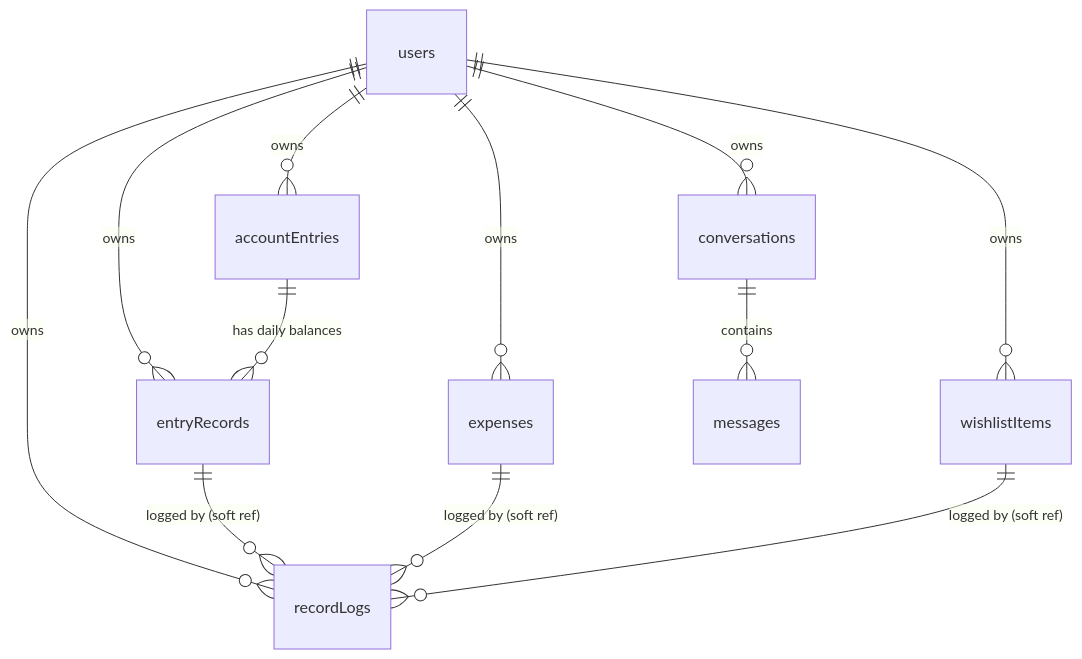
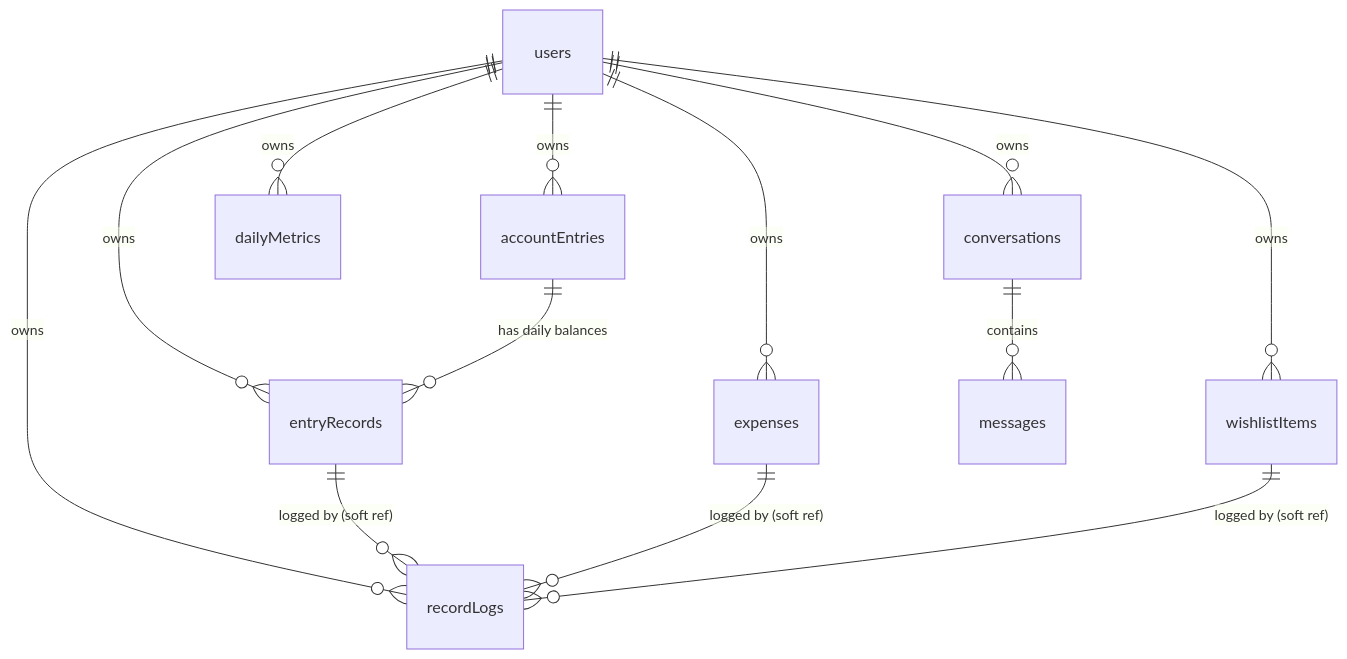
Before and after one commit to junielo/savvist-junielo: the diagram in docs/DATABASE.md, drawn with Mermaid. The commit also changed other lines of this file and 1 other file, not shown here.

````diff
--- a/docs/DATABASE.md
+++ b/docs/DATABASE.md
@@ -36,14 +42,15 @@
 ```mermaid
 erDiagram
     users ||--o{ accountEntries : owns
     users ||--o{ entryRecords : owns
     users ||--o{ expenses : owns
     users ||--o{ wishlistItems : owns
     users ||--o{ recordLogs : owns
     users ||--o{ conversations : owns
+    users ||--o{ dailyMetrics : owns
     accountEntries ||--o{ entryRecords : "has daily balances"
     conversations ||--o{ messages : contains
     entryRecords ||--o{ recordLogs : "logged by (soft ref)"
     expenses ||--o{ recordLogs : "logged by (soft ref)"
     wishlistItems ||--o{ recordLogs : "logged by (soft ref)"
 ```
````
